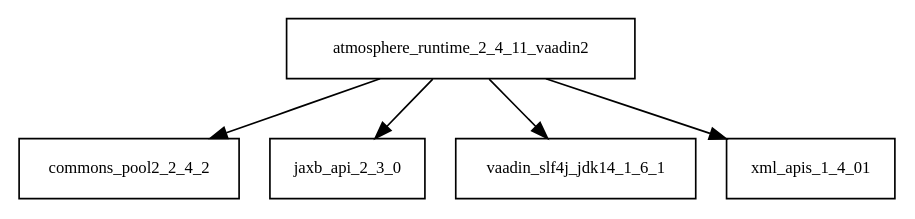
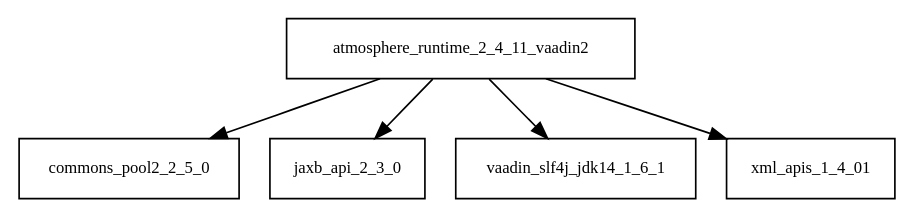
One commit to AglaianWoman/cia changed the diagram in tattleTaleReport/graphviz/atmosphere-runtime-2.4.11.vaadin2.jar/atmosphere-runtime-2.4.11.vaadin2.jar.dot. Above: the diagram before and after it, drawn with Graphviz. The commit also changed 2727 other files, not shown here.

```diff
--- a/tattleTaleReport/graphviz/atmosphere-runtime-2.4.11.vaadin2.jar/atmosphere-runtime-2.4.11.vaadin2.jar.dot
+++ b/tattleTaleReport/graphviz/atmosphere-runtime-2.4.11.vaadin2.jar/atmosphere-runtime-2.4.11.vaadin2.jar.dot
@@ -1,7 +1,7 @@
 digraph atmosphere_runtime_2_4_11_vaadin2_dependencies {
   node [shape = box, fontsize=10.0];
-  atmosphere_runtime_2_4_11_vaadin2 -> commons_pool2_2_4_2;
+  atmosphere_runtime_2_4_11_vaadin2 -> commons_pool2_2_5_0;
   atmosphere_runtime_2_4_11_vaadin2 -> jaxb_api_2_3_0;
   atmosphere_runtime_2_4_11_vaadin2 -> vaadin_slf4j_jdk14_1_6_1;
   atmosphere_runtime_2_4_11_vaadin2 -> xml_apis_1_4_01;
 }
```
